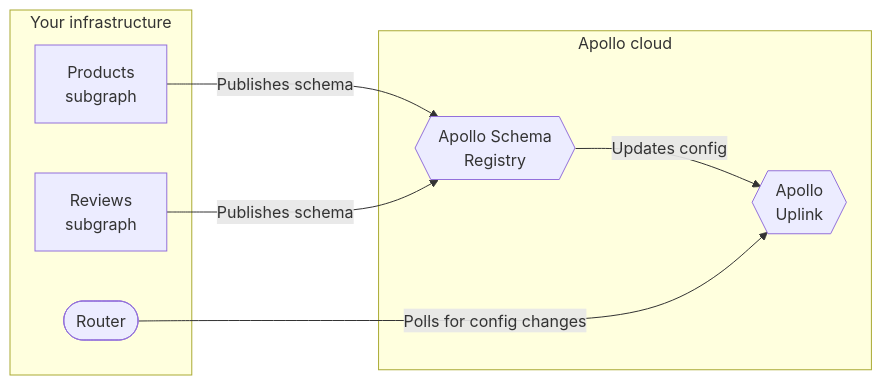
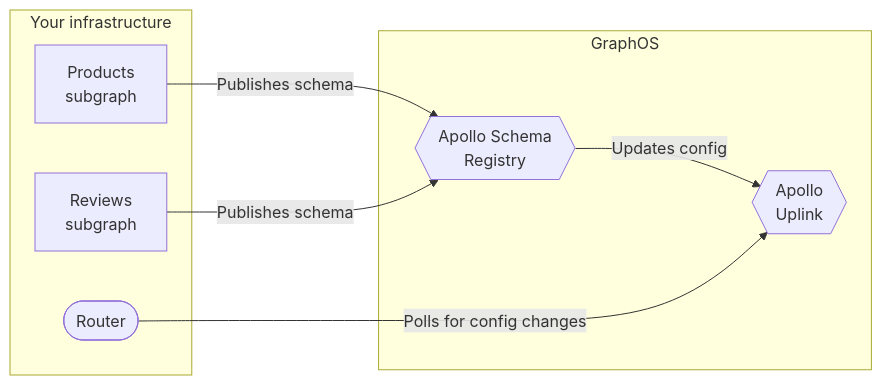
Before and after one commit to apollographql/federation: the second of 2 diagrams in docs/source/federated-types/composition.mdx, drawn with Mermaid. The commit also changed other lines of this file and 9 other files, not shown here.

````diff
--- a/docs/source/federated-types/composition.mdx
+++ b/docs/source/federated-types/composition.mdx
@@ -30,17 +30,17 @@
 ```mermaid
 graph LR;
   subgraph "Your infrastructure"
   serviceA[Products<br/>subgraph];
   serviceB[Reviews<br/>subgraph];
   gateway([Router]);
   end
-  subgraph "Apollo cloud"
+  subgraph "GraphOS"
     registry{{Apollo Schema<br/>Registry}};
     uplink{{Apollo<br/>Uplink}}
   end
   serviceA & serviceB -->|Publishes schema| registry;
   registry -->|Updates config| uplink;
   gateway -->|Polls for config changes| uplink;
   class registry secondary;
   class uplink secondary;
 ```
````
